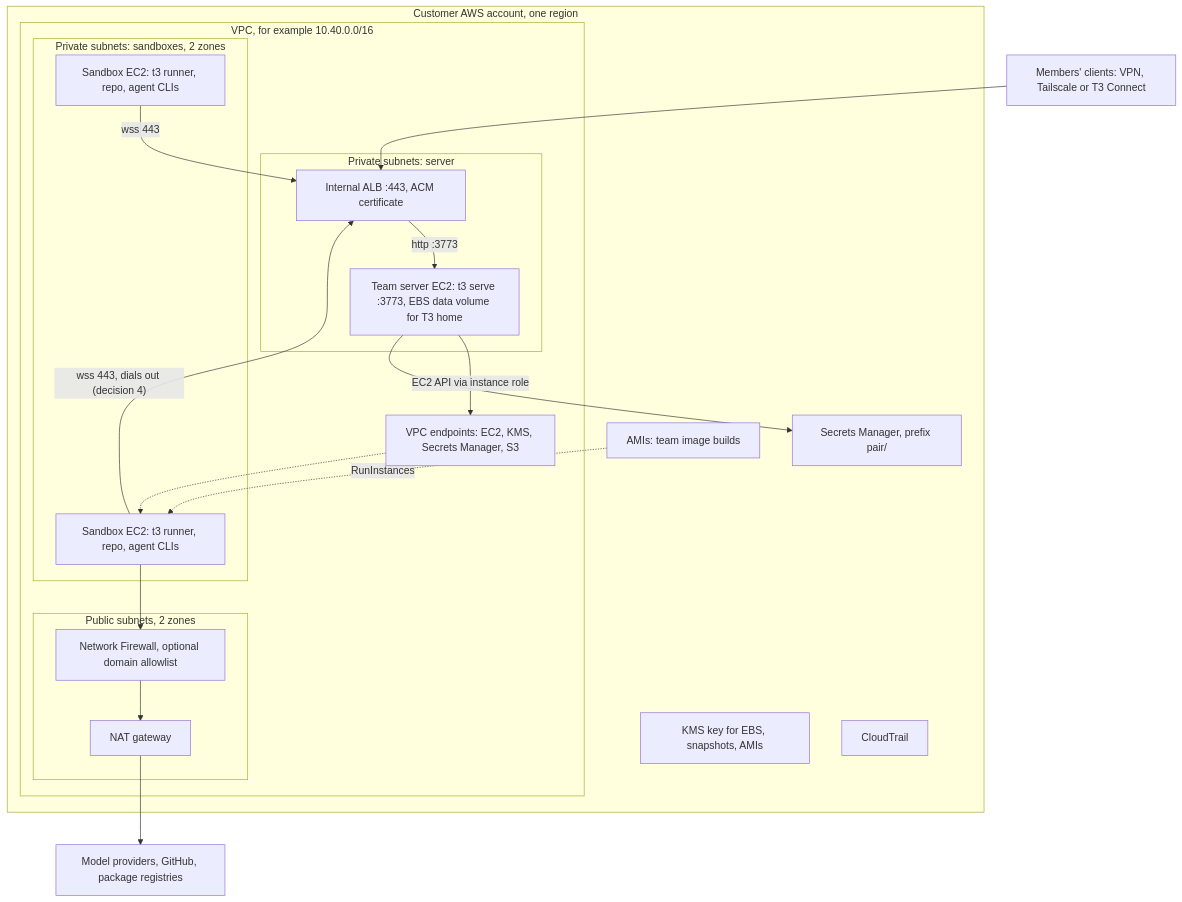
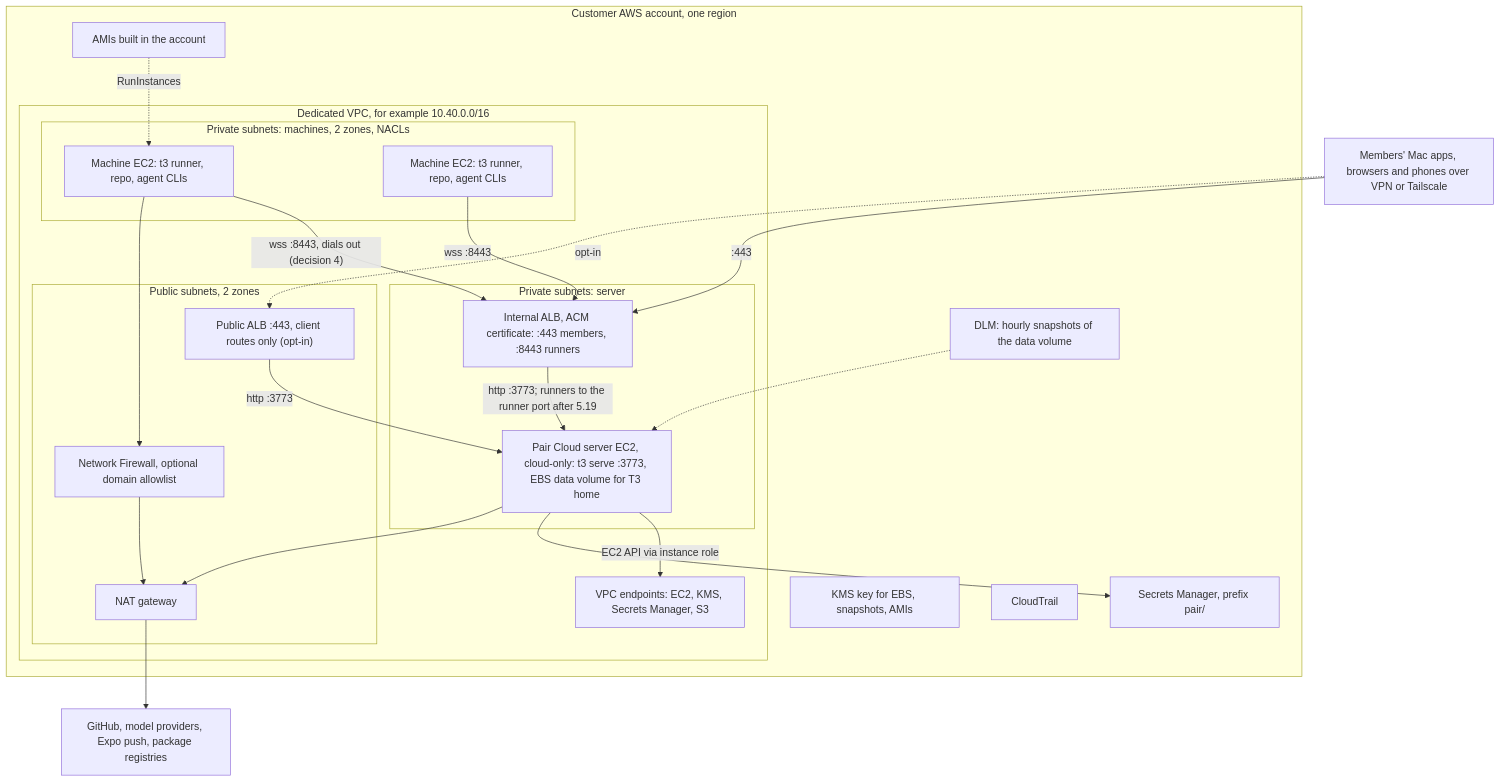
Before and after one commit to rutvikchandla3/pair: the diagram in docs/product/cloud/09-byoc.md, drawn with Mermaid. The commit also changed other lines of this file and 13 other files, not shown here.

First line of the commit message:
docs: rewrite the Pair Cloud plan for local-first Pair Cloud

````diff
--- a/docs/product/cloud/09-byoc.md
+++ b/docs/product/cloud/09-byoc.md
@@ -201,36 +210,41 @@
 ```mermaid
 flowchart TB
   subgraph Acct["Customer AWS account, one region"]
-    subgraph VPC["VPC, for example 10.40.0.0/16"]
+    subgraph VPC["Dedicated VPC, for example 10.40.0.0/16"]
       subgraph Pub["Public subnets, 2 zones"]
         NAT["NAT gateway"]
         FW["Network Firewall, optional domain allowlist"]
+        PALB["Public ALB :443, client routes only (opt-in)"]
       end
       subgraph SrvNet["Private subnets: server"]
-        ALB["Internal ALB :443, ACM certificate"]
-        TS["Team server EC2: t3 serve :3773, EBS data volume for T3 home"]
+        ALB["Internal ALB, ACM certificate: :443 members, :8443 runners"]
+        PC["Pair Cloud server EC2, cloud-only: t3 serve :3773, EBS data volume for T3 home"]
       end
-      subgraph SbxNet["Private subnets: sandboxes, 2 zones"]
-        S1["Sandbox EC2: t3 runner, repo, agent CLIs"]
-        S2["Sandbox EC2: t3 runner, repo, agent CLIs"]
+      subgraph SbxNet["Private subnets: machines, 2 zones, NACLs"]
+        S1["Machine EC2: t3 runner, repo, agent CLIs"]
+        S2["Machine EC2: t3 runner, repo, agent CLIs"]
       end
       VPCE["VPC endpoints: EC2, KMS, Secrets Manager, S3"]
     end
     SM["Secrets Manager, prefix pair/"]
     KMS["KMS key for EBS, snapshots, AMIs"]
-    AMI["AMIs: team image builds"]
+    DLM["DLM: hourly snapshots of the data volume"]
+    AMI["AMIs built in the account"]
     CT["CloudTrail"]
   end
-  Members["Members' clients: VPN, Tailscale or T3 Connect"]
-  Ext["Model providers, GitHub, package registries"]
+  Members["Members' Mac apps, browsers and phones over VPN or Tailscale"]
+  Ext["GitHub, model providers, Expo push, package registries"]
 
-  S1 -->|"wss 443, dials out (decision 4)"| ALB
-  S2 -->|"wss 443"| ALB
-  Members --> ALB
-  ALB -->|"http :3773"| TS
-  TS -->|"EC2 API via instance role"| VPCE
-  TS --> SM
-  VPCE -.-> S1
+  S1 -->|"wss :8443, dials out (decision 4)"| ALB
+  S2 -->|"wss :8443"| ALB
+  Members -->|":443"| ALB
+  Members -.->|"opt-in"| PALB
+  ALB -->|"http :3773; runners to the runner port after 5.19"| PC
+  PALB -->|"http :3773"| PC
+  PC -->|"EC2 API via instance role"| VPCE
+  PC --> SM
+  PC --> NAT
   S1 --> FW --> NAT --> Ext
   AMI -.->|"RunInstances"| S1
+  DLM -.-> PC
 ```
````
